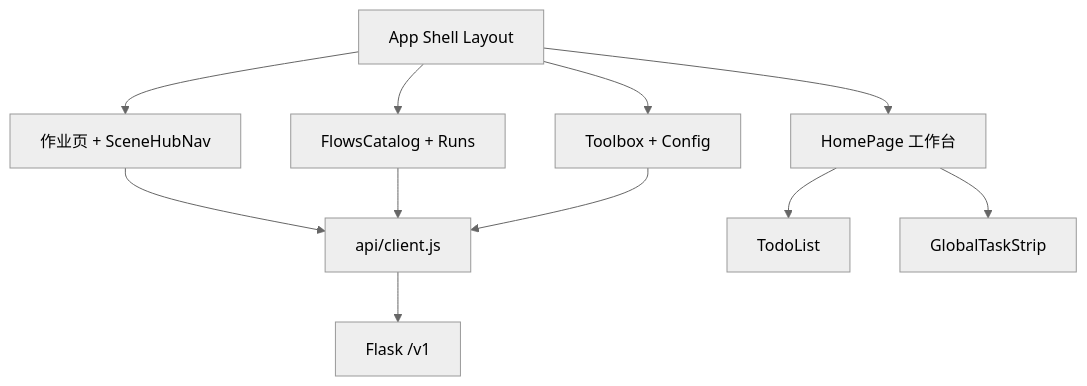
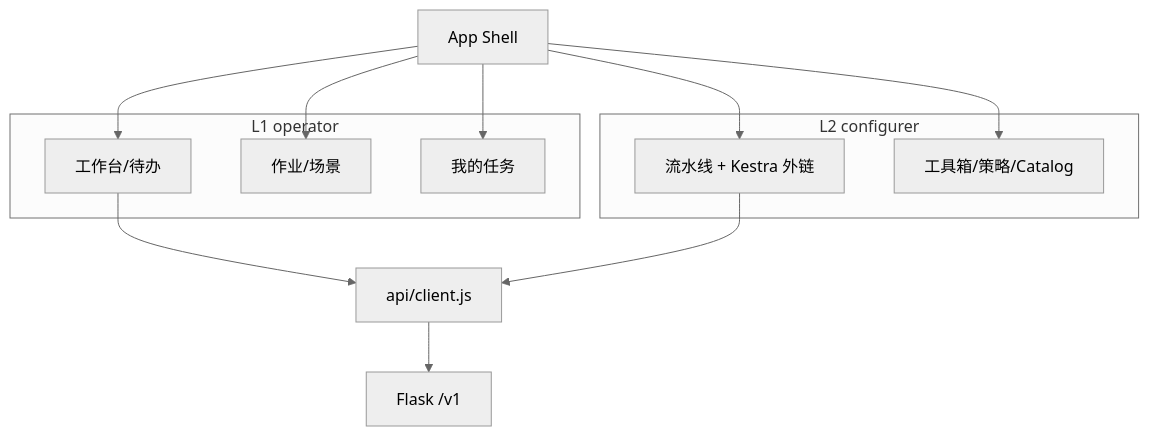
One commit to algo-boost/DetForge-Studio changed the eighth of 10 diagrams in docs/ARCHITECTURE_DIAGRAMS.md. Above: the diagram before and after it, drawn with Mermaid (neutral theme). The commit also changed other lines of this file and 37 other files, not shown here.

````diff
--- a/docs/ARCHITECTURE_DIAGRAMS.md
+++ b/docs/ARCHITECTURE_DIAGRAMS.md
@@ -255,16 +254,19 @@
 ```mermaid
 flowchart TB
-  Shell[App Shell Layout]
-  Home[HomePage 工作台]
-  Work[作业页 + SceneHubNav]
-  Flows[FlowsCatalog + Runs]
-  Plat[Toolbox + Config]
+  Shell[App Shell]
+  subgraph L1 [L1 operator]
+    Home[工作台/待办]
+    Work[作业/场景]
+    Tasks[我的任务]
+  end
+  subgraph L2 [L2 configurer]
+    Flows[流水线 + Kestra 外链]
+    Plat[工具箱/策略/Catalog]
+  end
 
-  Shell --> Home & Work & Flows & Plat
-  Work --> API[api/client.js]
+  Shell --> Home & Work & Tasks
+  Shell --> Flows & Plat
+  Home --> API[api/client.js]
   Flows --> API
-  Plat --> API
   API --> GW[Flask /v1]
-  Home --> Todo[TodoList]
-  Home --> Tray[GlobalTaskStrip]
 ```
````
